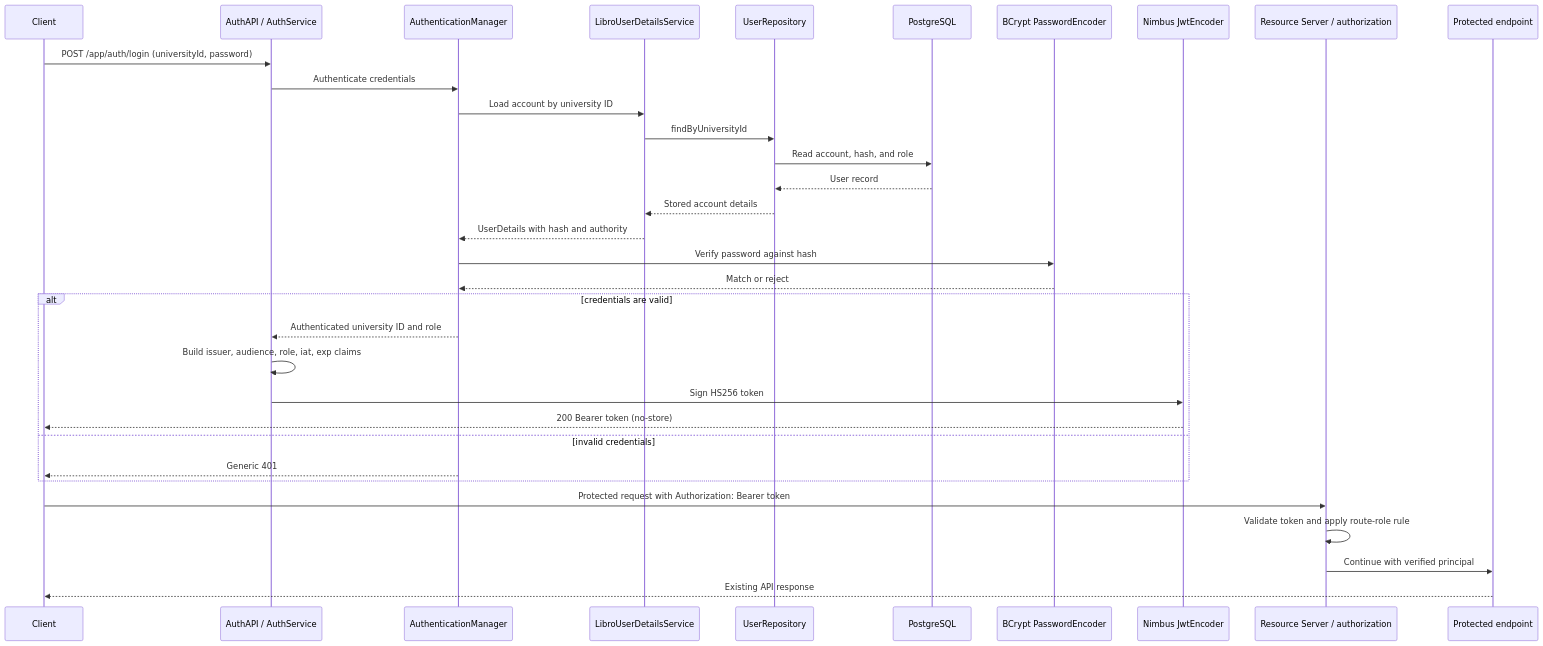
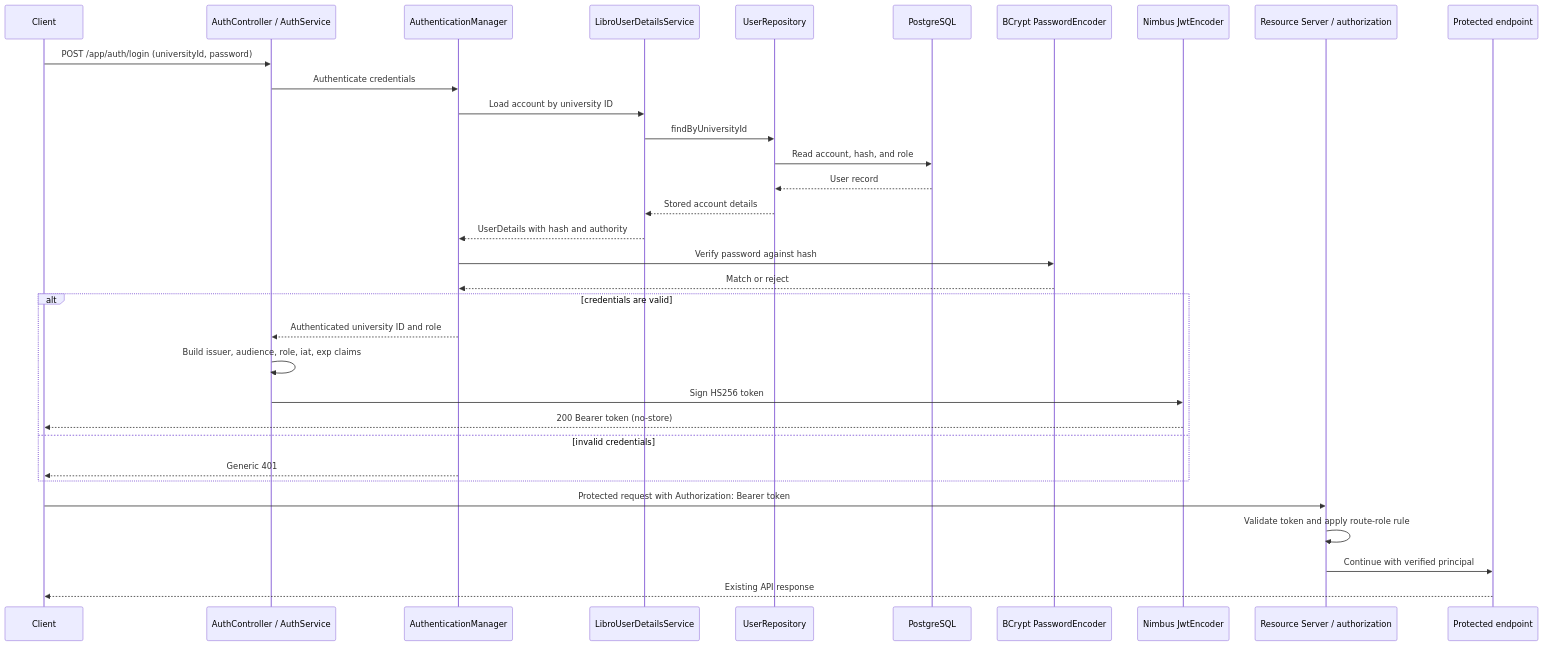
The second of 5 diagrams in docs/architecture.md (kyledelfin2006/libro-library-system), drawn with Mermaid before and after one commit. The commit also changed other lines of this file and 14 other files, not shown here.

````diff
--- a/docs/architecture.md
+++ b/docs/architecture.md
@@ -59,36 +59,36 @@
 ```mermaid
 sequenceDiagram
     participant Client
-    participant Auth as AuthAPI / AuthService
+    participant Auth as AuthController / AuthService
     participant Manager as AuthenticationManager
     participant UserLookup as LibroUserDetailsService
     participant Users as UserRepository
     participant DB as PostgreSQL
     participant PasswordEncoder as BCrypt PasswordEncoder
     participant JwtEncoder as Nimbus JwtEncoder
     participant Security as Resource Server / authorization
     participant API as Protected endpoint
 
     Client->>Auth: POST /app/auth/login (universityId, password)
     Auth->>Manager: Authenticate credentials
     Manager->>UserLookup: Load account by university ID
     UserLookup->>Users: findByUniversityId
     Users->>DB: Read account, hash, and role
     DB-->>Users: User record
     Users-->>UserLookup: Stored account details
     UserLookup-->>Manager: UserDetails with hash and authority
     Manager->>PasswordEncoder: Verify password against hash
     PasswordEncoder-->>Manager: Match or reject
     alt credentials are valid
         Manager-->>Auth: Authenticated university ID and role
         Auth->>Auth: Build issuer, audience, role, iat, exp claims
         Auth->>JwtEncoder: Sign HS256 token
         JwtEncoder-->>Client: 200 Bearer token (no-store)
     else invalid credentials
         Manager-->>Client: Generic 401
     end
     Client->>Security: Protected request with Authorization: Bearer token
     Security->>Security: Validate token and apply route-role rule
     Security->>API: Continue with verified principal
     API-->>Client: Existing API response
 ```
````
